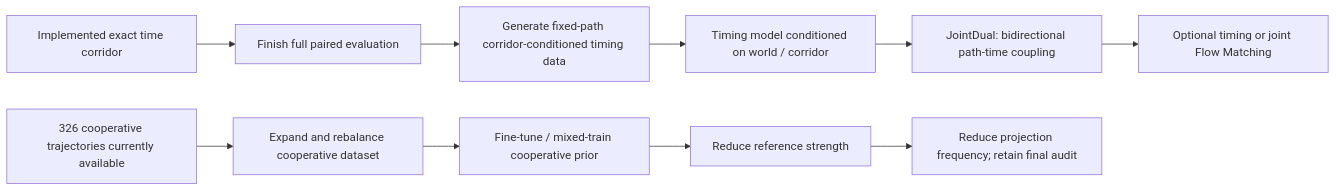
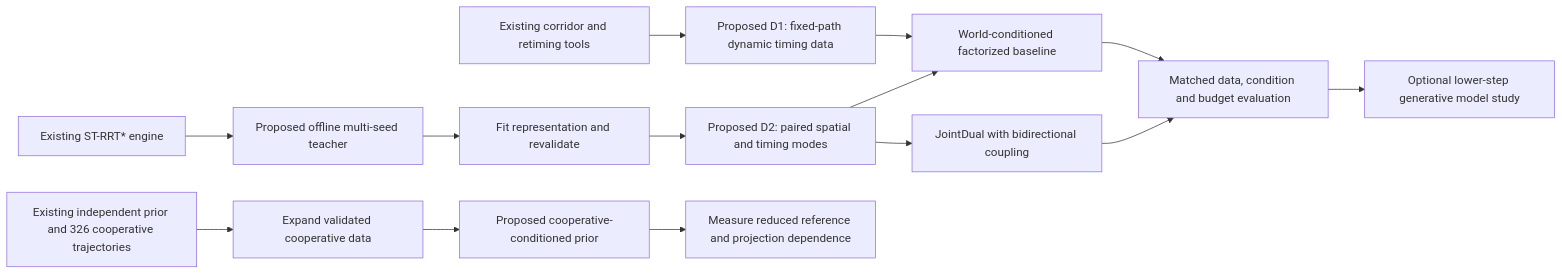
The seventh of 7 diagrams in docs/PROJECT_FORMAL_PRESENTATION_DRAFT.md (283042246q/mpd), drawn with Mermaid before and after one commit. The commit also changed other lines of this file and 9 other files, not shown here.

````diff
--- a/docs/PROJECT_FORMAL_PRESENTATION_DRAFT.md
+++ b/docs/PROJECT_FORMAL_PRESENTATION_DRAFT.md
@@ -559,13 +660,16 @@
 ```mermaid
 flowchart LR
-    A[Implemented exact time corridor] --> B[Finish full paired evaluation]
-    B --> C[Generate fixed-path corridor-conditioned timing data]
-    C --> D[Timing model conditioned on world / corridor]
-    D --> E[JointDual: bidirectional path-time coupling]
-    E --> F[Optional timing or joint Flow Matching]
-
-    G[326 cooperative trajectories currently available] --> H[Expand and rebalance cooperative dataset]
-    H --> I[Fine-tune / mixed-train cooperative prior]
-    I --> J[Reduce reference strength]
-    J --> K[Reduce projection frequency; retain final audit]
+    A[Existing corridor and retiming tools] --> D1[Proposed D1: fixed-path dynamic timing data]
+    B[Existing ST-RRT* engine] --> O[Proposed offline multi-seed teacher]
+    O --> V[Fit representation and revalidate]
+    V --> D2[Proposed D2: paired spatial and timing modes]
+    D1 --> F[World-conditioned factorized baseline]
+    D2 --> F
+    D2 --> J[JointDual with bidirectional coupling]
+    F --> E[Matched data, condition and budget evaluation]
+    J --> E
+    E --> FM[Optional lower-step generative model study]
+    C[Existing independent prior and 326 cooperative trajectories] --> CD[Expand validated cooperative data]
+    CD --> CP[Proposed cooperative-conditioned prior]
+    CP --> CR[Measure reduced reference and projection dependence]
 ```
````
